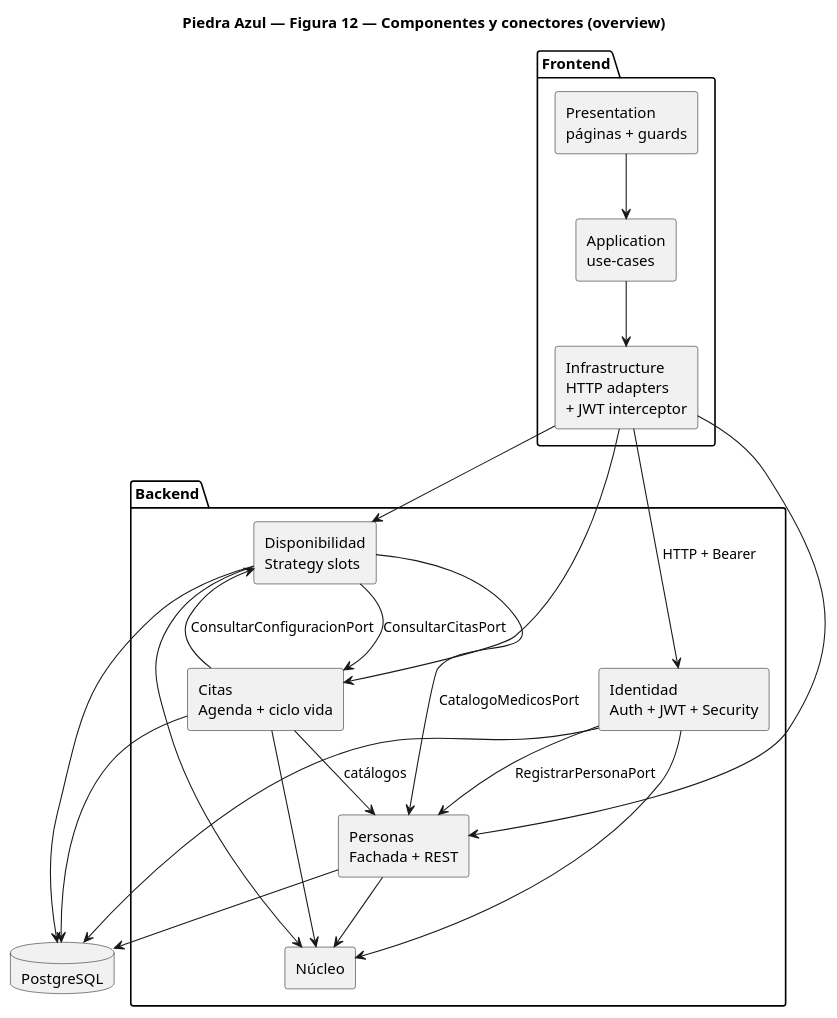
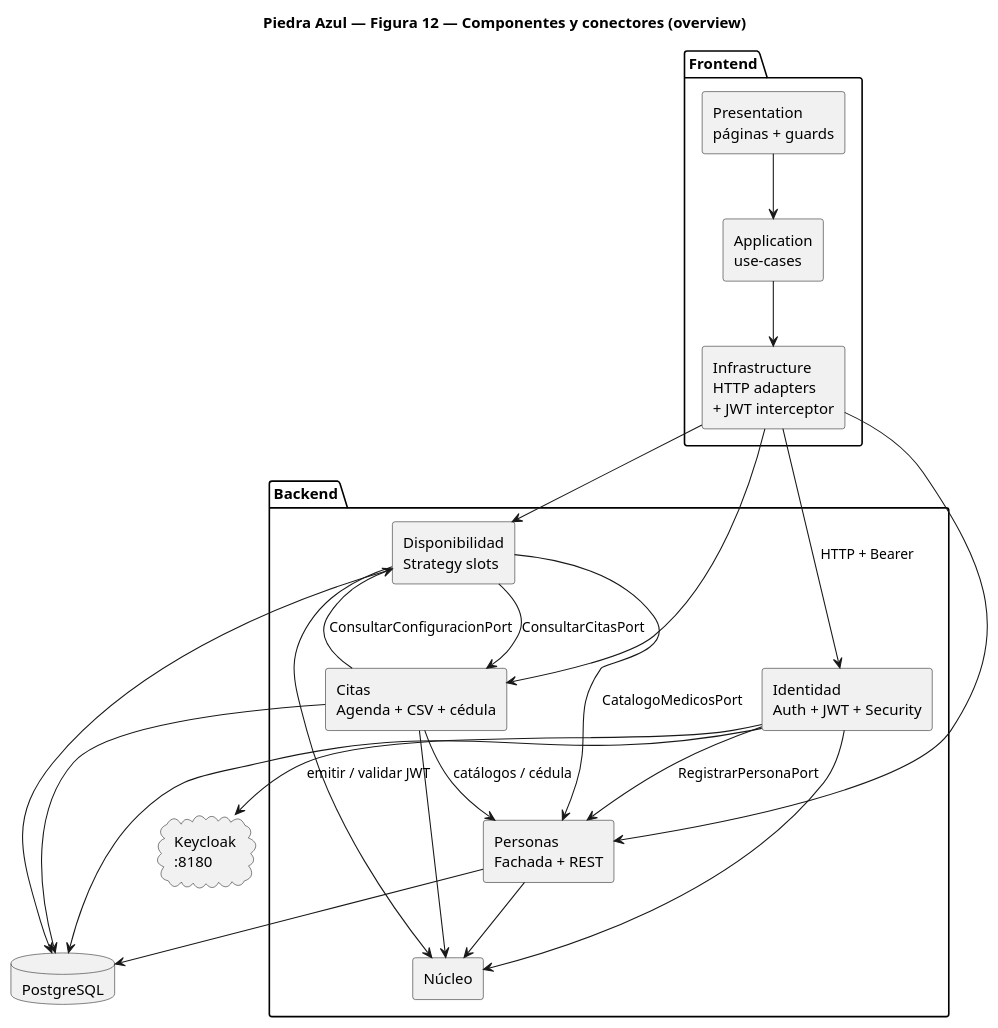
Before and after one commit to jaimecharfuelan-pixel/Piedra-Azul: the diagram in diagramas-sad/12-componentes-conectores.puml, drawn with PlantUML. The commit also changed 8 other files, not shown here.

Commit message:
Diagramas SAD actualizados y añadidos

```diff
--- a/diagramas-sad/12-componentes-conectores.puml
+++ b/diagramas-sad/12-componentes-conectores.puml
@@ -1,45 +1,47 @@
 @startuml 12-componentes-conectores
 title Piedra Azul — Figura 12 — Componentes y conectores (overview)
 skinparam backgroundColor white
 skinparam shadowing false
 skinparam componentStyle rectangle
 
 package "Frontend" {
   [Presentation\npáginas + guards] as UI
   [Application\nuse-cases] as APPF
   [Infrastructure\nHTTP adapters\n+ JWT interceptor] as INF
 }
 
 package "Backend" {
   [Identidad\nAuth + JWT + Security] as ID
   [Personas\nFachada + REST] as PE
   [Disponibilidad\nStrategy slots] as DI
-  [Citas\nAgenda + ciclo vida] as CI
+  [Citas\nAgenda + CSV + cédula] as CI
   [Núcleo] as NU
 }
 
+cloud "Keycloak\n:8180" as KC
 database "PostgreSQL" as DB
 
 UI --> APPF
 APPF --> INF
 INF --> ID : HTTP + Bearer
 INF --> PE
 INF --> DI
 INF --> CI
 
 ID --> NU
 PE --> NU
 DI --> NU
 CI --> NU
 ID --> PE : RegistrarPersonaPort
 DI --> PE : CatalogoMedicosPort
-CI --> PE : catálogos
+CI --> PE : catálogos / cédula
 CI --> DI : ConsultarConfiguracionPort
 DI --> CI : ConsultarCitasPort
+ID --> KC : emitir / validar JWT
 
 ID --> DB
 PE --> DB
 DI --> DB
 CI --> DB
 
 @enduml
```
